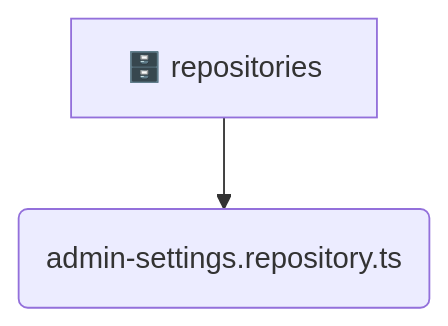
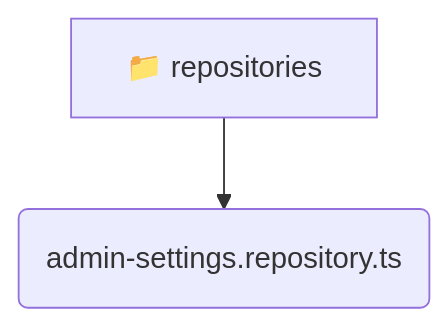
Before and after one commit to beginwebdev2002/fullstack-mavluda: the diagram in backend/src/modules/admin-settings/infrastructure/repositories/README.md, drawn with Mermaid. The commit also changed other lines of this file and 155 other files, not shown here.

````diff
--- a/backend/src/modules/admin-settings/infrastructure/repositories/README.md
+++ b/backend/src/modules/admin-settings/infrastructure/repositories/README.md
@@ -9,5 +9,5 @@
 ```mermaid
 graph TD
-  repositories[🗄️ repositories]
-  repositories --> admin_settings_repository_ts(admin-settings.repository.ts)
+  repositories[📁 repositories]
+  repositories --> repositories_admin_settings_repository_ts(admin-settings.repository.ts)
 ```
````
